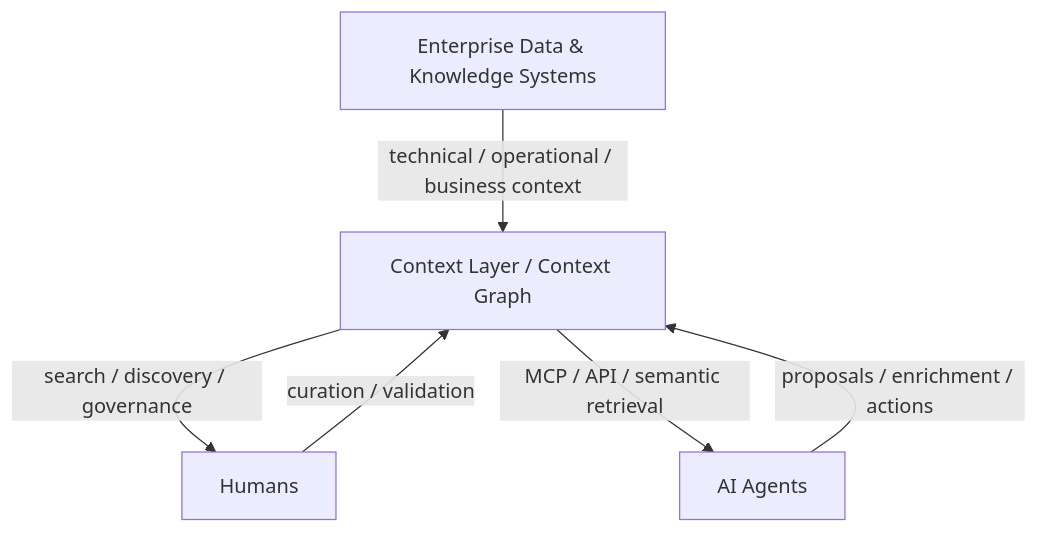
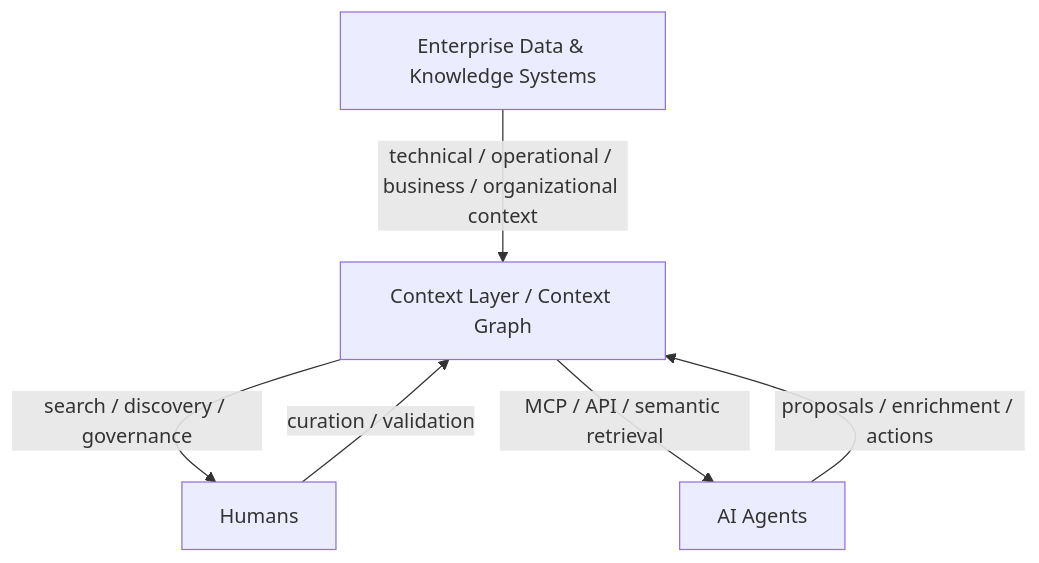
The first of 2 diagrams in README.md (XiaoWeiKIN/datahub-research), drawn with Mermaid before and after one commit. The commit also changed other lines of this file, not shown here.

Commit message:
docs: link first context layer research note

````diff
--- a/README.md
+++ b/README.md
@@ -26,13 +35,13 @@
 ```mermaid
 flowchart TB
     DS[Enterprise Data & Knowledge Systems]
     CL[Context Layer / Context Graph]
     H[Humans]
     A[AI Agents]
 
-    DS -->|technical / operational / business context| CL
+    DS -->|technical / operational / business / organizational context| CL
     CL -->|search / discovery / governance| H
     CL -->|MCP / API / semantic retrieval| A
     H -->|curation / validation| CL
     A -->|proposals / enrichment / actions| CL
 ```
````
